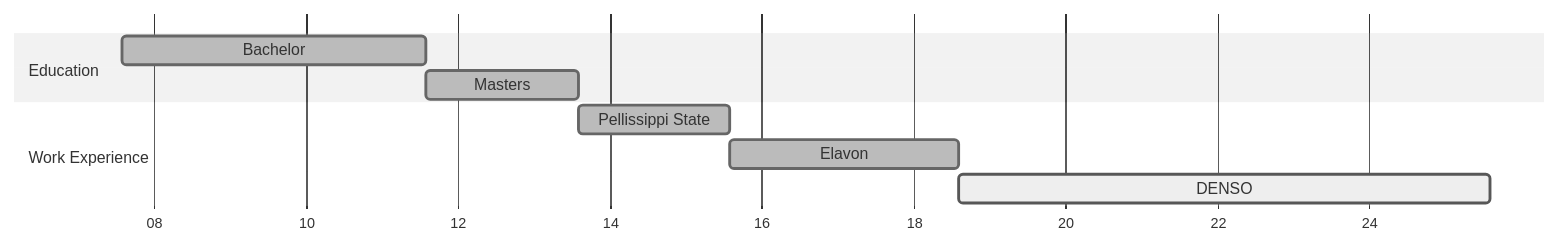
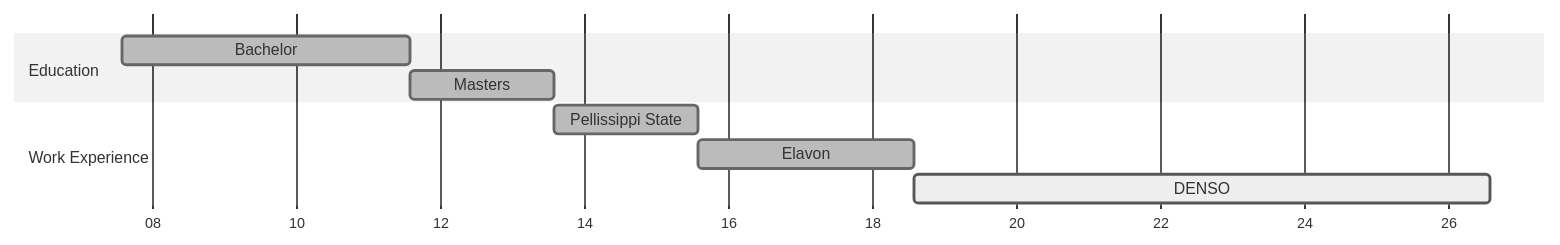
One commit to joshuacharleshyatt/personal changed the first of 2 diagrams in qualifications.qmd. Above: the diagram before and after it, drawn with Mermaid. The commit also changed other lines of this file and 16 other files, not shown here.

````diff
--- a/qualifications.qmd
+++ b/qualifications.qmd
@@ -29,13 +29,13 @@
 ```{mermaid}
 %%{init: {'theme':'neutral'}}%%
 gantt
   dateFormat YYYY-MM
   axisformat %y
   section Education
     Bachelor          :done, e1, 2007-08, 4y
     Masters           :done, e2, after e1, 2y
   section Work Experience
     Pellissippi State :done, w1, after e2, 2y
     Elavon            :done, w2, after w1, 3y
-    DENSO             :active, w3, after w2, 7y
+    DENSO             :active, w3, after w2, 8y
 ```
````
